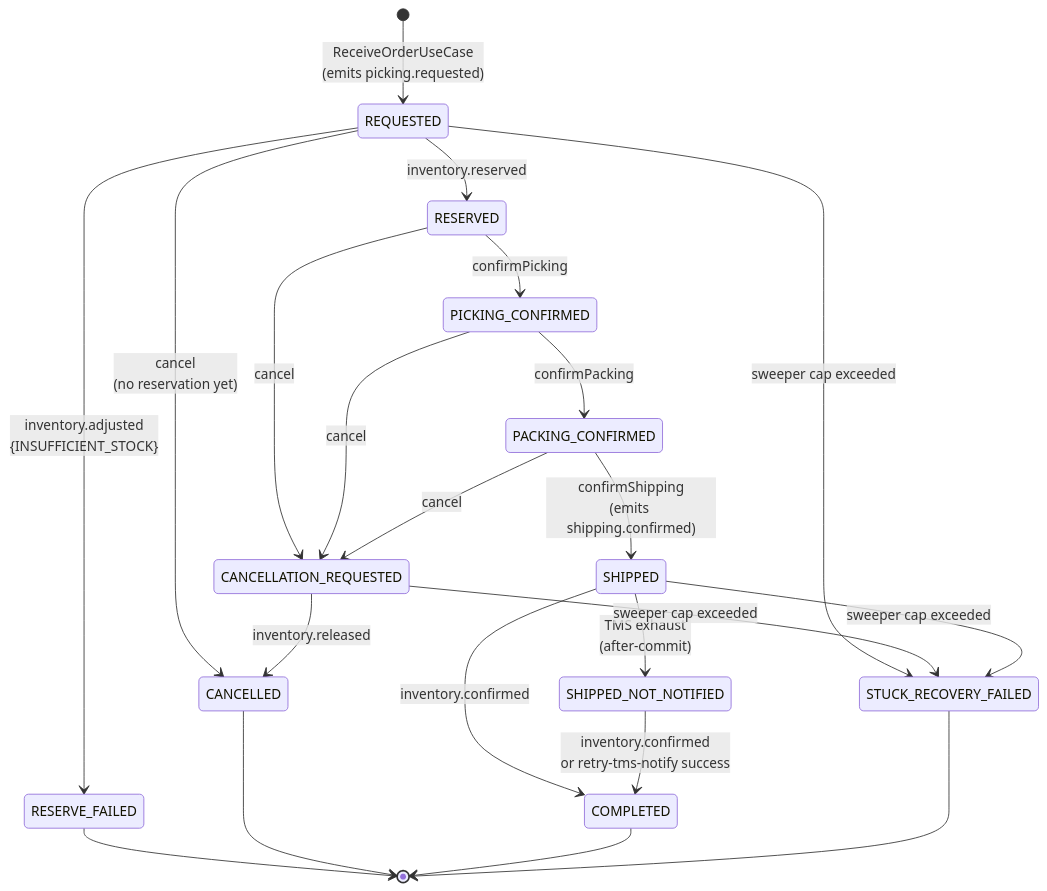
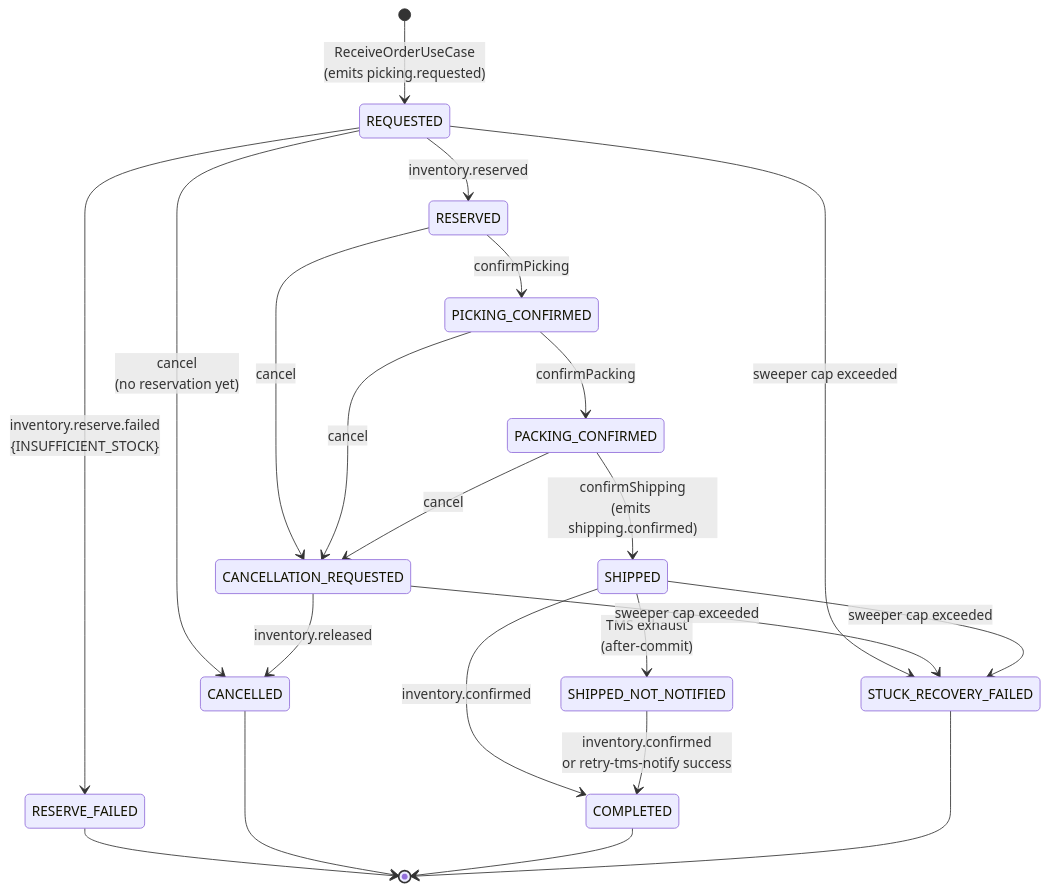
The diagram in projects/wms-platform/specs/services/outbound-service/state-machines/saga-status.md (kanggle/monorepo-lab), drawn with Mermaid before and after one commit. The commit also changed other lines of this file and 8 other files, not shown here.

````diff
--- a/projects/wms-platform/specs/services/outbound-service/state-machines/saga-status.md
+++ b/projects/wms-platform/specs/services/outbound-service/state-machines/saga-status.md
@@ -125,24 +125,24 @@
 ```mermaid
 stateDiagram-v2
     [*] --> REQUESTED : ReceiveOrderUseCase<br/>(emits picking.requested)
     REQUESTED --> RESERVED : inventory.reserved
-    REQUESTED --> RESERVE_FAILED : inventory.adjusted<br/>{INSUFFICIENT_STOCK}
+    REQUESTED --> RESERVE_FAILED : inventory.reserve.failed<br/>{INSUFFICIENT_STOCK}
     REQUESTED --> CANCELLED : cancel<br/>(no reservation yet)
     RESERVED --> PICKING_CONFIRMED : confirmPicking
     RESERVED --> CANCELLATION_REQUESTED : cancel
     PICKING_CONFIRMED --> PACKING_CONFIRMED : confirmPacking
     PICKING_CONFIRMED --> CANCELLATION_REQUESTED : cancel
     PACKING_CONFIRMED --> SHIPPED : confirmShipping<br/>(emits shipping.confirmed)
     PACKING_CONFIRMED --> CANCELLATION_REQUESTED : cancel
     SHIPPED --> COMPLETED : inventory.confirmed
     SHIPPED --> SHIPPED_NOT_NOTIFIED : TMS exhaust<br/>(after-commit)
     SHIPPED_NOT_NOTIFIED --> COMPLETED : inventory.confirmed<br/>or retry-tms-notify success
     CANCELLATION_REQUESTED --> CANCELLED : inventory.released
     REQUESTED --> STUCK_RECOVERY_FAILED : sweeper cap exceeded
     CANCELLATION_REQUESTED --> STUCK_RECOVERY_FAILED : sweeper cap exceeded
     SHIPPED --> STUCK_RECOVERY_FAILED : sweeper cap exceeded
     RESERVE_FAILED --> [*]
     CANCELLED --> [*]
     COMPLETED --> [*]
     STUCK_RECOVERY_FAILED --> [*]
 ```
````
